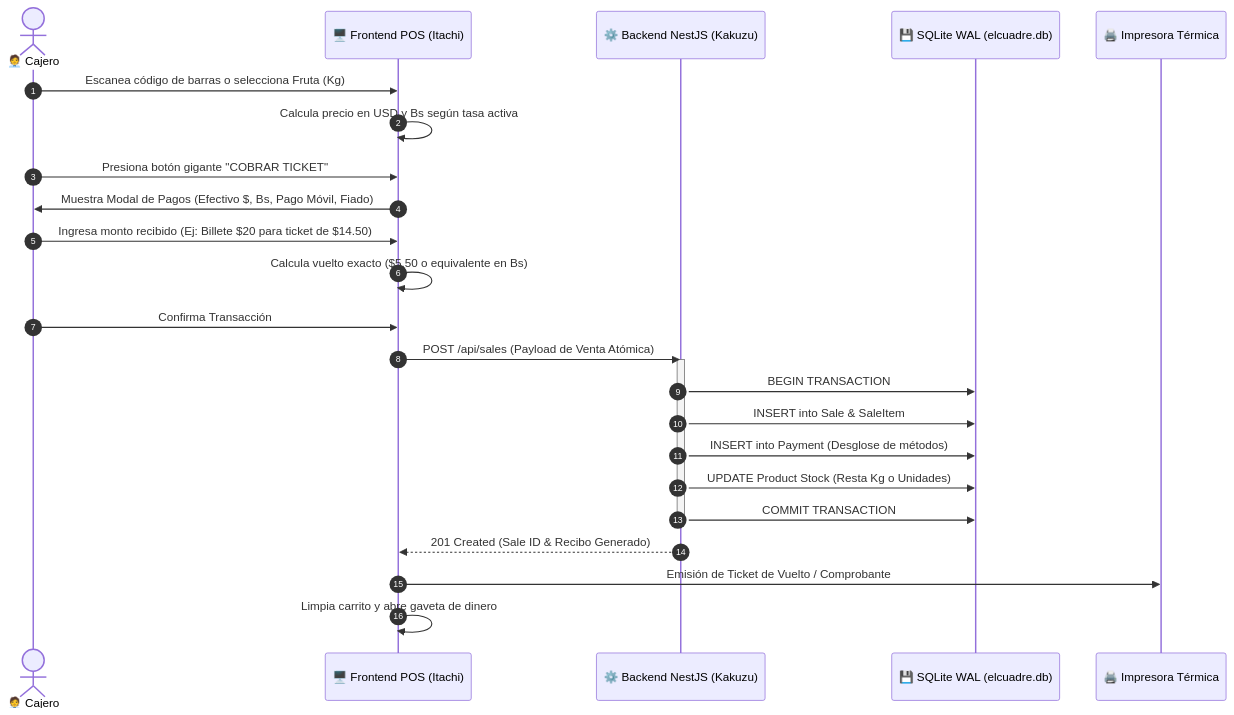
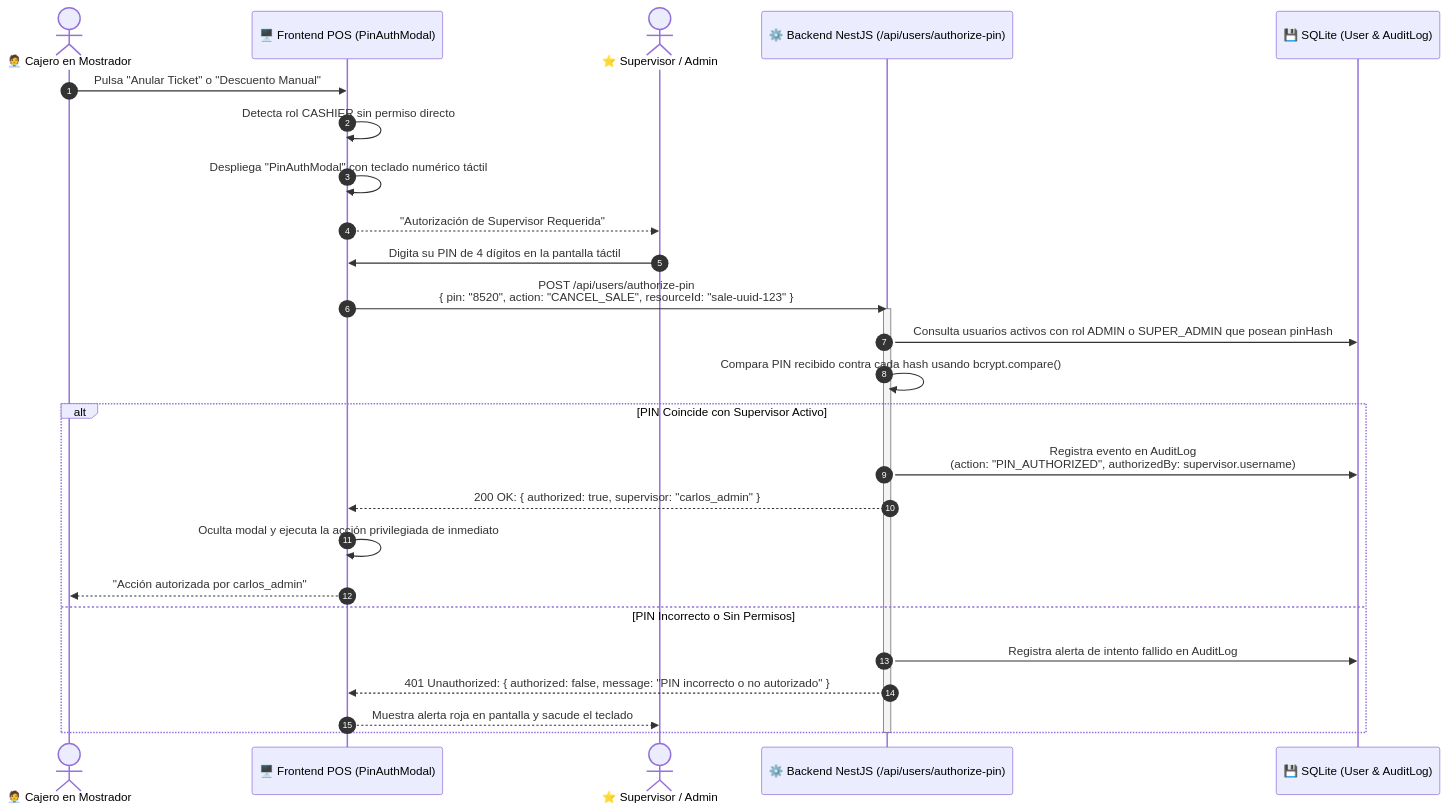
Before and after one commit to vmontoyasmtop/2brain-vmontoya: the sixth of 6 diagrams in wiki/proyectos/el-cuadre-pos-arquitectura-tecnica.md, drawn with Mermaid. The commit also changed other lines of this file, not shown here.

Commit message:
docs(proyectos): actualizar arquitectura tecnica integral de El Cuadre POS con diagramas mermaid y diccionario de datos (Zetsu)

````diff
--- a/wiki/proyectos/el-cuadre-pos-arquitectura-tecnica.md
+++ b/wiki/proyectos/el-cuadre-pos-arquitectura-tecnica.md
@@ -88,28 +869,30 @@
 ```mermaid
 sequenceDiagram
     autonumber
-    actor C as 🧑‍💼 Cajero
-    participant UI as 🖥️ Frontend POS (Itachi)
-    participant API as ⚙️ Backend NestJS (Kakuzu)
-    participant DB as 💾 SQLite WAL (elcuadre.db)
-    participant P as 🖨️ Impresora Térmica
+    actor Cajero as 🧑‍💼 Cajero en Mostrador
+    participant UI as 🖥️ Frontend POS (PinAuthModal)
+    actor Super as ⭐ Supervisor / Admin
+    participant API as ⚙️ Backend NestJS (/api/users/authorize-pin)
+    participant DB as 💾 SQLite (User & AuditLog)
 
-    C->>UI: Escanea código de barras o selecciona Fruta (Kg)
-    UI->>UI: Calcula precio en USD y Bs según tasa activa
-    C->>UI: Presiona botón gigante "COBRAR TICKET"
-    UI->>C: Muestra Modal de Pagos (Efectivo $, Bs, Pago Móvil, Fiado)
-    C->>UI: Ingresa monto recibido (Ej: Billete $20 para ticket de $14.50)
-    UI->>UI: Calcula vuelto exacto ($5.50 o equivalente en Bs)
-    C->>UI: Confirma Transacción
-    UI->>API: POST /api/sales (Payload de Venta Atómica)
+    Cajero->>UI: Pulsa "Anular Ticket" o "Descuento Manual"
+    UI->>UI: Detecta rol CASHIER sin permiso directo
+    UI->>UI: Despliega "PinAuthModal" con teclado numérico táctil
+    UI-->>Super: "Autorización de Supervisor Requerida"
+    Super->>UI: Digita su PIN de 4 dígitos en la pantalla táctil
+    UI->>API: POST /api/users/authorize-pin<br/>{ pin: "8520", action: "CANCEL_SALE", resourceId: "sale-uuid-123" }
     activate API
-    API->>DB: BEGIN TRANSACTION
-    API->>DB: INSERT into Sale & SaleItem
-    API->>DB: INSERT into Payment (Desglose de métodos)
-    API->>DB: UPDATE Product Stock (Resta Kg o Unidades)
-    API->>DB: COMMIT TRANSACTION
+    API->>DB: Consulta usuarios activos con rol ADMIN o SUPER_ADMIN que posean pinHash
+    API->>API: Compara PIN recibido contra cada hash usando bcrypt.compare()
+    alt PIN Coincide con Supervisor Activo
+        API->>DB: Registra evento en AuditLog<br/>(action: "PIN_AUTHORIZED", authorizedBy: supervisor.username)
+        API-->>UI: 200 OK: { authorized: true, supervisor: "carlos_admin" }
+        UI->>UI: Oculta modal y ejecuta la acción privilegiada de inmediato
+        UI-->>Cajero: "Acción autorizada por carlos_admin"
+    else PIN Incorrecto o Sin Permisos
+        API->>DB: Registra alerta de intento fallido en AuditLog
+        API-->>UI: 401 Unauthorized: { authorized: false, message: "PIN incorrecto o no autorizado" }
+        UI-->>Super: Muestra alerta roja en pantalla y sacude el teclado
+    end
     deactivate API
-    API-->>UI: 201 Created (Sale ID & Recibo Generado)
-    UI->>P: Emisión de Ticket de Vuelto / Comprobante
-    UI->>UI: Limpia carrito y abre gaveta de dinero
 ```
````
